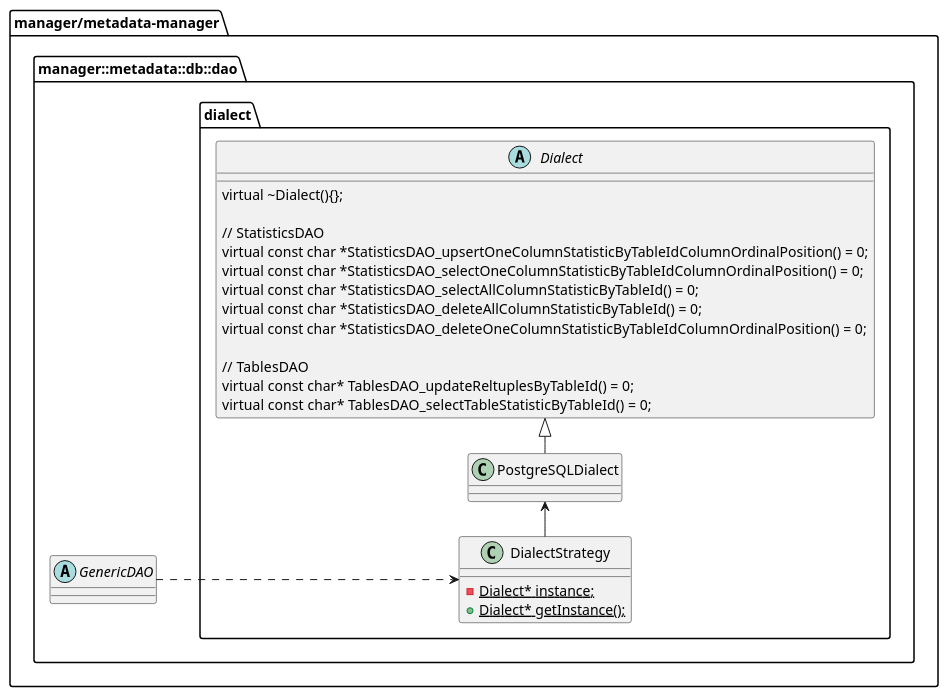
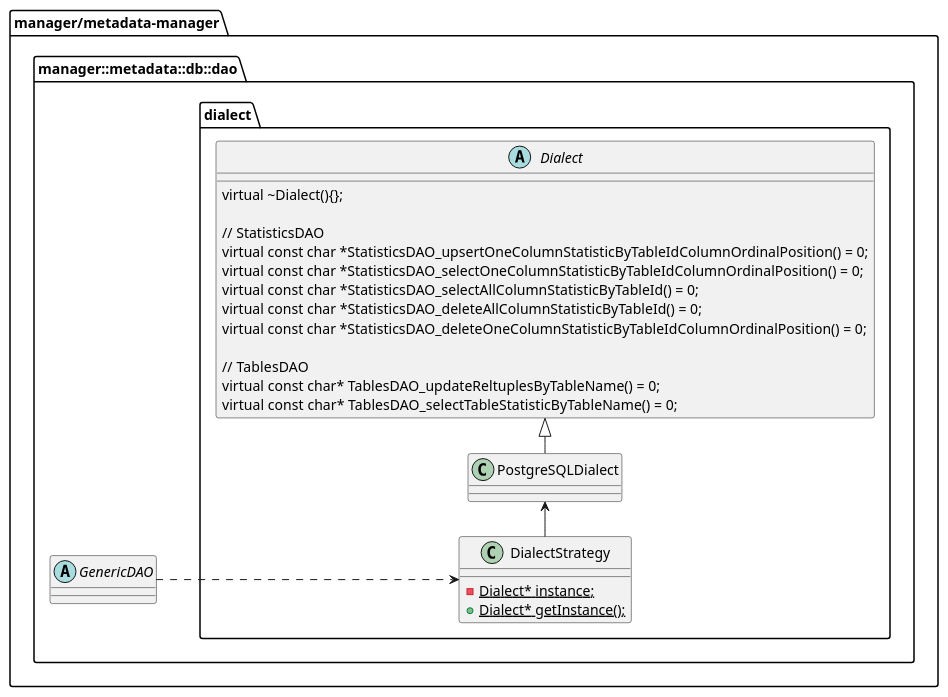
One commit to project-tsurugi/metadata-manager changed the sixth of 7 diagrams in metadata-manager/docs/statistic/02.FD/uml/ClassDiagram_detail.pu. Above: the diagram before and after it, drawn with PlantUML. The commit also changed other lines of this file and 9 other files, not shown here.

```diff
--- a/metadata-manager/docs/statistic/02.FD/uml/ClassDiagram_detail.pu
+++ b/metadata-manager/docs/statistic/02.FD/uml/ClassDiagram_detail.pu
@@ -266,48 +266,48 @@
 @startuml ClassDiagram_detail_dialect
 left to right direction
 
 package "manager/metadata-manager" {
 
   package manager::metadata::db::dao{
 
     abstract class GenericDAO
     {
     }
 
     package dialect{
       class DialectStrategy
       {
         -{field}{static}{method}Dialect* instance;
         +{method}{static}{method}Dialect* getInstance();
       }
   
       abstract class Dialect {
 
 	      {method}virtual ~Dialect(){};
         {method}
         {method}// StatisticsDAO
 	      {method}virtual const char *StatisticsDAO_upsertOneColumnStatisticByTableIdColumnOrdinalPosition() = 0;
 	      {method}virtual const char *StatisticsDAO_selectOneColumnStatisticByTableIdColumnOrdinalPosition() = 0;
 	      {method}virtual const char *StatisticsDAO_selectAllColumnStatisticByTableId() = 0;
         {method}virtual const char *StatisticsDAO_deleteAllColumnStatisticByTableId() = 0;
         {method}virtual const char *StatisticsDAO_deleteOneColumnStatisticByTableIdColumnOrdinalPosition() = 0;
         {method}
         {method}// TablesDAO
-        {method}virtual const char* TablesDAO_updateReltuplesByTableId() = 0;
-        {method}virtual const char* TablesDAO_selectTableStatisticByTableId() = 0;
+        {method}virtual const char* TablesDAO_updateReltuplesByTableName() = 0;
+        {method}virtual const char* TablesDAO_selectTableStatisticByTableName() = 0;
       }
   
       class PostgreSQLDialect
       {
       }
     }
   }
   
   GenericDAO ..> DialectStrategy
   
   PostgreSQLDialect -|> Dialect
   DialectStrategy -> PostgreSQLDialect
   
 }
 
 @enduml
```
